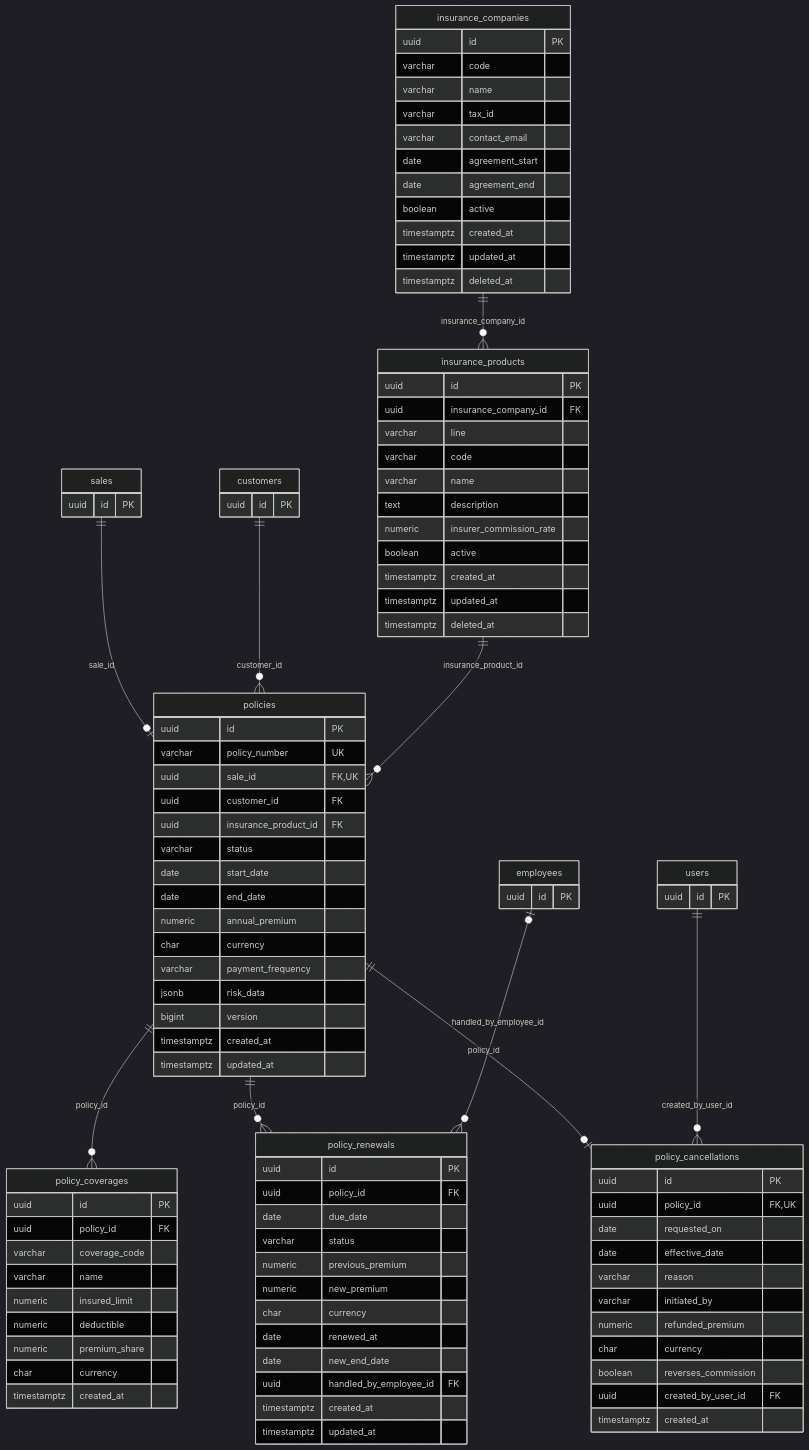
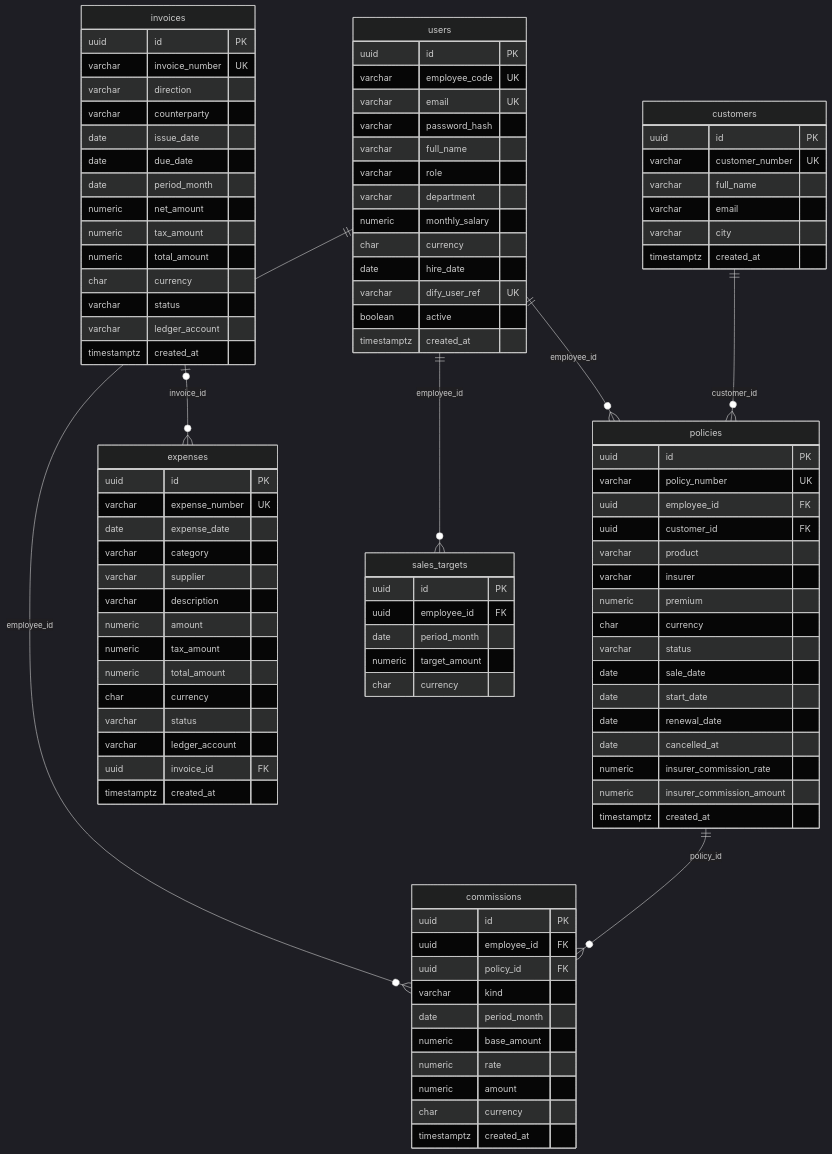
Before and after one commit to pedroamas/segur_plus: the third of 4 diagrams in docs/data-model/erd.md, drawn with Mermaid (dark theme). The commit also changed other lines of this file and 2 other files, not shown here.

Commit message:
ERD, matriz de permisos y mapeo con reglas simples (allowed_roles/owner)

````diff
--- a/docs/data-model/erd.md
+++ b/docs/data-model/erd.md
@@ -654,105 +94,101 @@
 ```mermaid
 erDiagram
-  insurance_companies {
+  users {
     uuid id PK
-    varchar code
-    varchar name
-    varchar tax_id
-    varchar contact_email
-    date agreement_start
-    date agreement_end
+    varchar employee_code UK
+    varchar email UK
+    varchar password_hash
+    varchar full_name
+    varchar role
+    varchar department
+    numeric monthly_salary
+    char currency
+    date hire_date
+    varchar dify_user_ref UK
     boolean active
     timestamptz created_at
-    timestamptz updated_at
-    timestamptz deleted_at
   }
-  insurance_products {
+  customers {
     uuid id PK
-    uuid insurance_company_id FK
-    varchar line
-    varchar code
-    varchar name
-    text description
-    numeric insurer_commission_rate
-    boolean active
+    varchar customer_number UK
+    varchar full_name
+    varchar email
+    varchar city
     timestamptz created_at
-    timestamptz updated_at
-    timestamptz deleted_at
   }
   policies {
     uuid id PK
     varchar policy_number UK
-    uuid sale_id FK, UK
+    uuid employee_id FK
     uuid customer_id FK
-    uuid insurance_product_id FK
+    varchar product
+    varchar insurer
+    numeric premium
+    char currency
     varchar status
+    date sale_date
     date start_date
-    date end_date
-    numeric annual_premium
-    char currency
-    varchar payment_frequency
-    jsonb risk_data
-    bigint version
+    date renewal_date
+    date cancelled_at
+    numeric insurer_commission_rate
+    numeric insurer_commission_amount
     timestamptz created_at
-    timestamptz updated_at
   }
-  policy_coverages {
+  commissions {
     uuid id PK
+    uuid employee_id FK
     uuid policy_id FK
-    varchar coverage_code
-    varchar name
-    numeric insured_limit
-    numeric deductible
-    numeric premium_share
+    varchar kind
+    date period_month
+    numeric base_amount
+    numeric rate
+    numeric amount
     char currency
     timestamptz created_at
   }
-  policy_renewals {
+  invoices {
     uuid id PK
-    uuid policy_id FK
+    varchar invoice_number UK
+    varchar direction
+    varchar counterparty
+    date issue_date
     date due_date
+    date period_month
+    numeric net_amount
+    numeric tax_amount
+    numeric total_amount
+    char currency
     varchar status
-    numeric previous_premium
-    numeric new_premium
-    char currency
-    date renewed_at
-    date new_end_date
-    uuid handled_by_employee_id FK
-    timestamptz created_at
-    timestamptz updated_at
-  }
-  policy_cancellations {
-    uuid id PK
-    uuid policy_id FK, UK
-    date requested_on
-    date effective_date
-    varchar reason
-    varchar initiated_by
-    numeric refunded_premium
-    char currency
-    boolean reverses_commission
-    uuid created_by_user_id FK
+    varchar ledger_account
     timestamptz created_at
   }
-  customers {
+  expenses {
     uuid id PK
+    varchar expense_number UK
+    date expense_date
+    varchar category
+    varchar supplier
+    varchar description
+    numeric amount
+    numeric tax_amount
+    numeric total_amount
+    char currency
+    varchar status
+    varchar ledger_account
+    uuid invoice_id FK
+    timestamptz created_at
   }
-  employees {
+  sales_targets {
     uuid id PK
+    uuid employee_id FK
+    date period_month
+    numeric target_amount
+    char currency
   }
-  sales {
-    uuid id PK
-  }
-  users {
-    uuid id PK
-  }
-  insurance_companies ||--o{ insurance_products : "insurance_company_id"
-  sales ||--o| policies : "sale_id"
+  users ||--o{ policies : "employee_id"
   customers ||--o{ policies : "customer_id"
-  insurance_products ||--o{ policies : "insurance_product_id"
-  policies ||--o{ policy_coverages : "policy_id"
-  policies ||--o{ policy_renewals : "policy_id"
-  employees |o--o{ policy_renewals : "handled_by_employee_id"
-  policies ||--o| policy_cancellations : "policy_id"
-  users ||--o{ policy_cancellations : "created_by_user_id"
+  users ||--o{ commissions : "employee_id"
+  policies ||--o{ commissions : "policy_id"
+  invoices |o--o{ expenses : "invoice_id"
+  users ||--o{ sales_targets : "employee_id"
 ```
````
